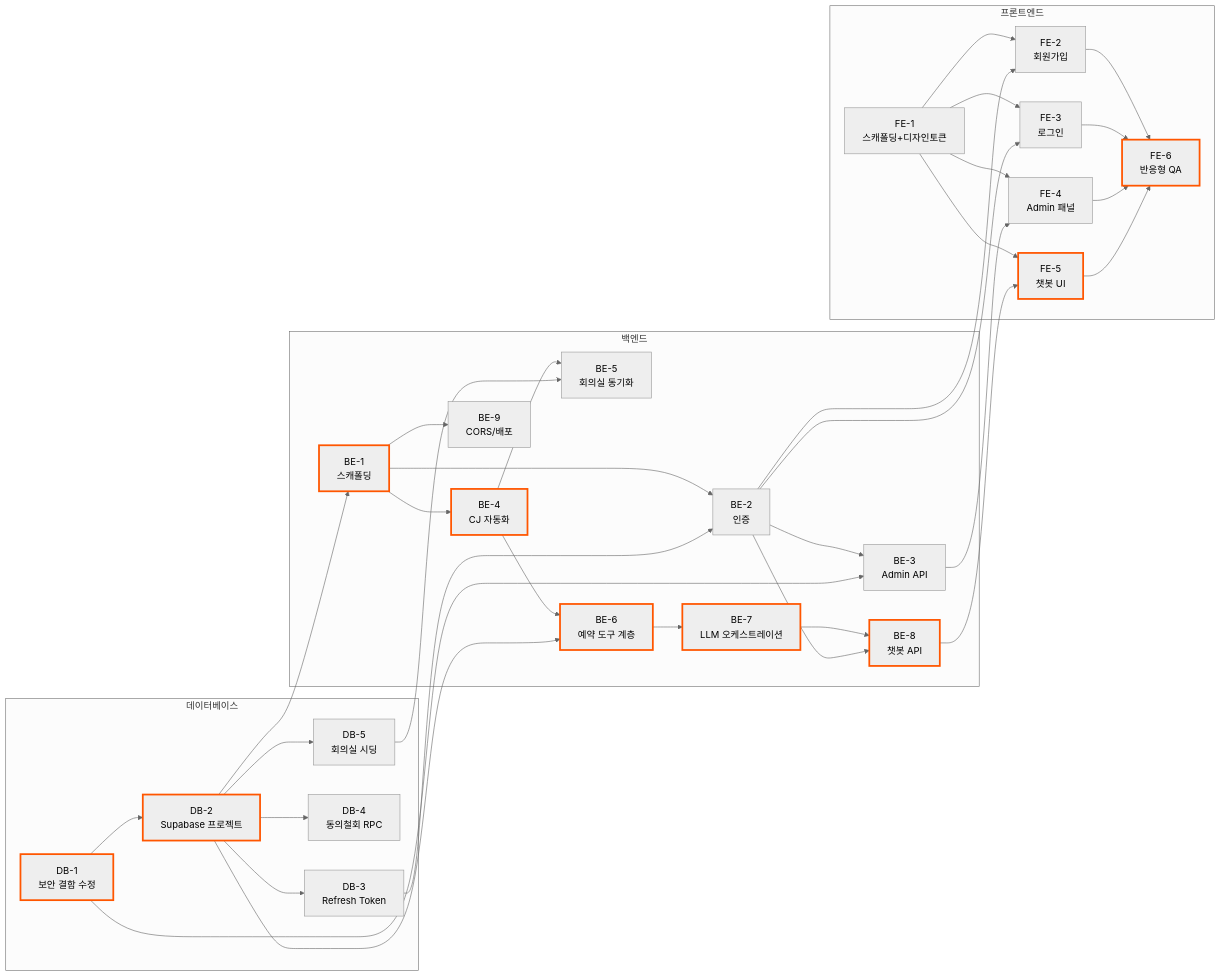
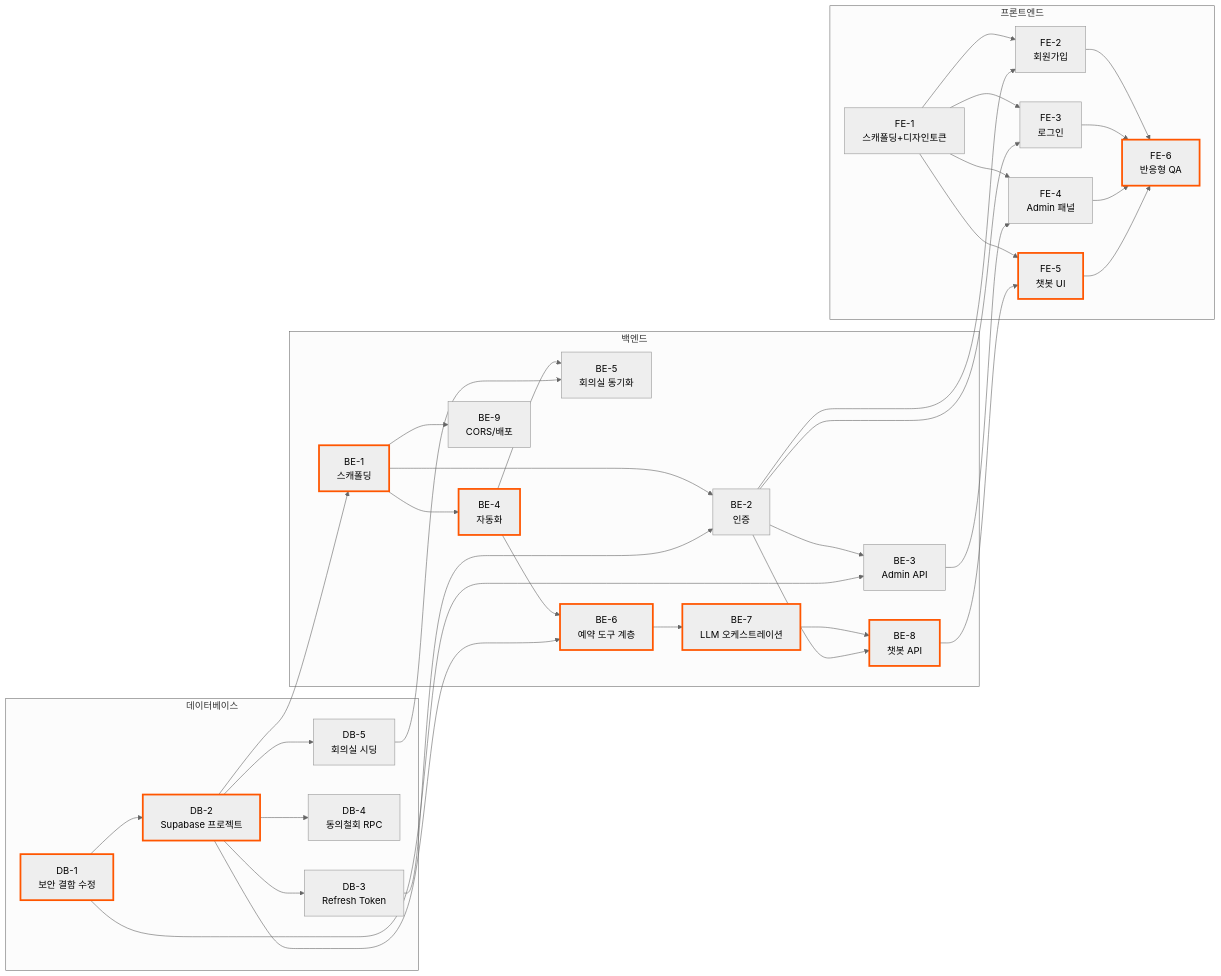
One commit to jiil89/cjfw-vbcd changed the diagram in docs/9-plan.md. Above: the diagram before and after it, drawn with Mermaid (neutral theme). The commit also changed other lines of this file and 20 other files, not shown here.

````diff
--- a/docs/9-plan.md
+++ b/docs/9-plan.md
@@ -11,67 +11,67 @@
 ```mermaid
 flowchart LR
     subgraph DB["데이터베이스"]
         DB1["DB-1<br/>보안 결함 수정"]
         DB2["DB-2<br/>Supabase 프로젝트"]
         DB3["DB-3<br/>Refresh Token"]
         DB4["DB-4<br/>동의철회 RPC"]
         DB5["DB-5<br/>회의실 시딩"]
     end
 
     subgraph BE["백엔드"]
         BE1["BE-1<br/>스캐폴딩"]
         BE2["BE-2<br/>인증"]
         BE3["BE-3<br/>Admin API"]
-        BE4["BE-4<br/>CJ 자동화"]
+        BE4["BE-4<br/>자동화"]
         BE5["BE-5<br/>회의실 동기화"]
         BE6["BE-6<br/>예약 도구 계층"]
         BE7["BE-7<br/>LLM 오케스트레이션"]
         BE8["BE-8<br/>챗봇 API"]
         BE9["BE-9<br/>CORS/배포"]
     end
 
     subgraph FE["프론트엔드"]
         FE1["FE-1<br/>스캐폴딩+디자인토큰"]
         FE2["FE-2<br/>회원가입"]
         FE3["FE-3<br/>로그인"]
         FE4["FE-4<br/>Admin 패널"]
         FE5["FE-5<br/>챗봇 UI"]
         FE6["FE-6<br/>반응형 QA"]
     end
 
     DB1 --> DB2
     DB2 --> DB3
     DB2 --> DB4
     DB2 --> DB5
     DB2 --> BE1
 
     BE1 --> BE2
     DB3 --> BE2
     BE2 --> BE3
     DB1 --> BE3
     BE1 --> BE4
     BE4 --> BE5
     DB5 --> BE5
     BE4 --> BE6
     DB2 --> BE6
     BE6 --> BE7
     BE7 --> BE8
     BE2 --> BE8
     BE1 --> BE9
 
     FE1 --> FE2
     BE2 --> FE2
     FE1 --> FE3
     BE2 --> FE3
     FE1 --> FE4
     BE3 --> FE4
     FE1 --> FE5
     BE8 --> FE5
     FE2 --> FE6
     FE3 --> FE6
     FE4 --> FE6
     FE5 --> FE6
 
     classDef critical stroke:#ff5600,stroke-width:3px;
     class DB1,DB2,BE1,BE4,BE6,BE7,BE8,FE5,FE6 critical;
 ```
````
